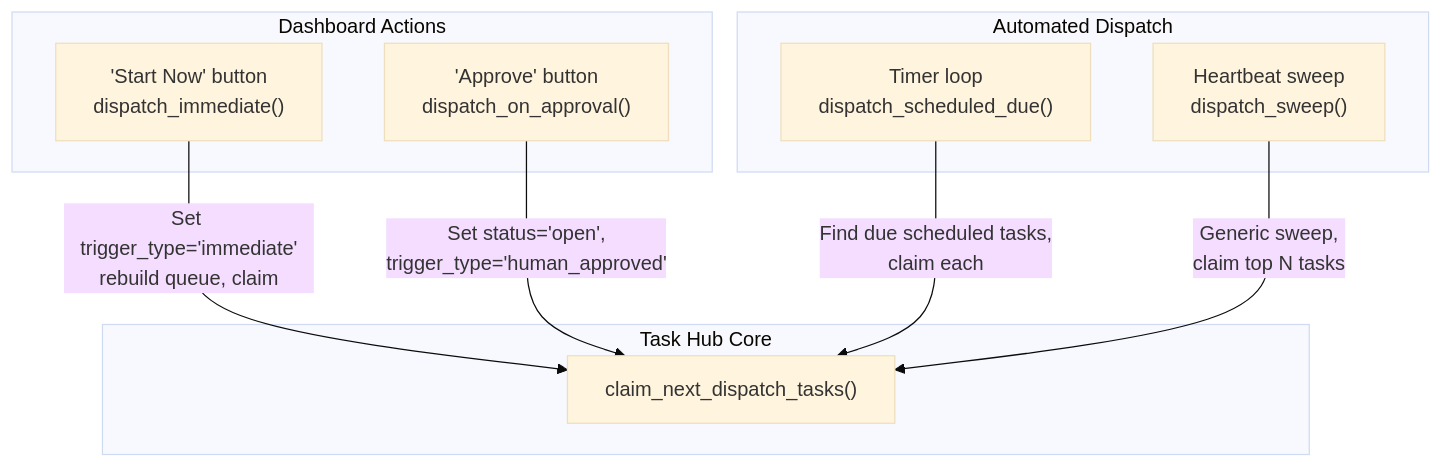
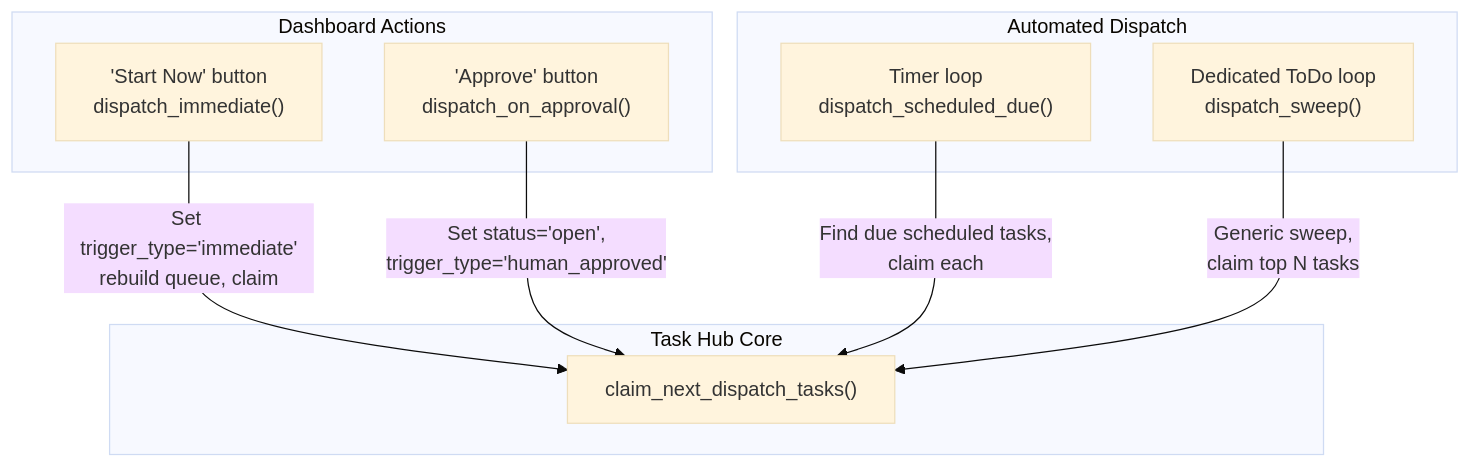
The sixth of 11 diagrams in docs/02_Subsystems/Proactive_Pipeline.md (Kjdragan/universal_agent), drawn with Mermaid (base theme) before and after one commit. The commit also changed other lines of this file and 23 other files, not shown here.

````diff
--- a/docs/02_Subsystems/Proactive_Pipeline.md
+++ b/docs/02_Subsystems/Proactive_Pipeline.md
@@ -324,21 +324,21 @@
 ```mermaid
 flowchart TD
     subgraph "Dashboard Actions"
         D1["'Start Now' button<br/>dispatch_immediate()"]
         D2["'Approve' button<br/>dispatch_on_approval()"]
     end
 
     subgraph "Automated Dispatch"
         D3["Timer loop<br/>dispatch_scheduled_due()"]
-        D4["Heartbeat sweep<br/>dispatch_sweep()"]
+        D4["Dedicated ToDo loop<br/>dispatch_sweep()"]
     end
 
     subgraph "Task Hub Core"
         CL["claim_next_dispatch_tasks()"]
     end
 
     D1 -->|"Set trigger_type='immediate'<br/>rebuild queue, claim"| CL
     D2 -->|"Set status='open',<br/>trigger_type='human_approved'"| CL
     D3 -->|"Find due scheduled tasks,<br/>claim each"| CL
     D4 -->|"Generic sweep,<br/>claim top N tasks"| CL
 ```
````
